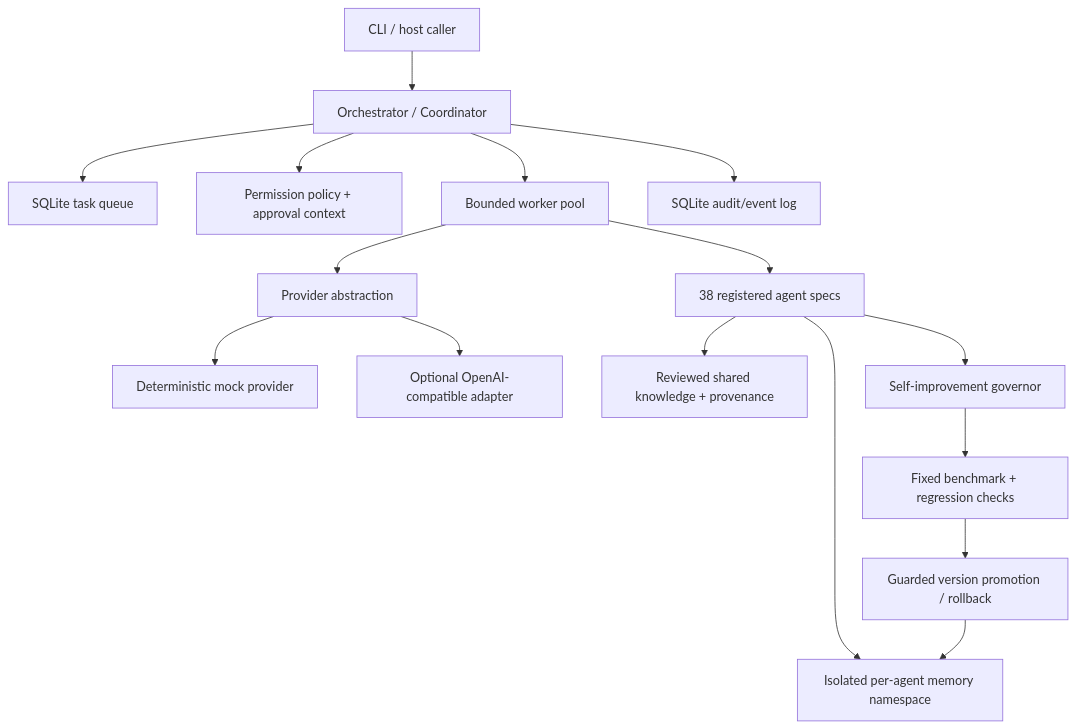
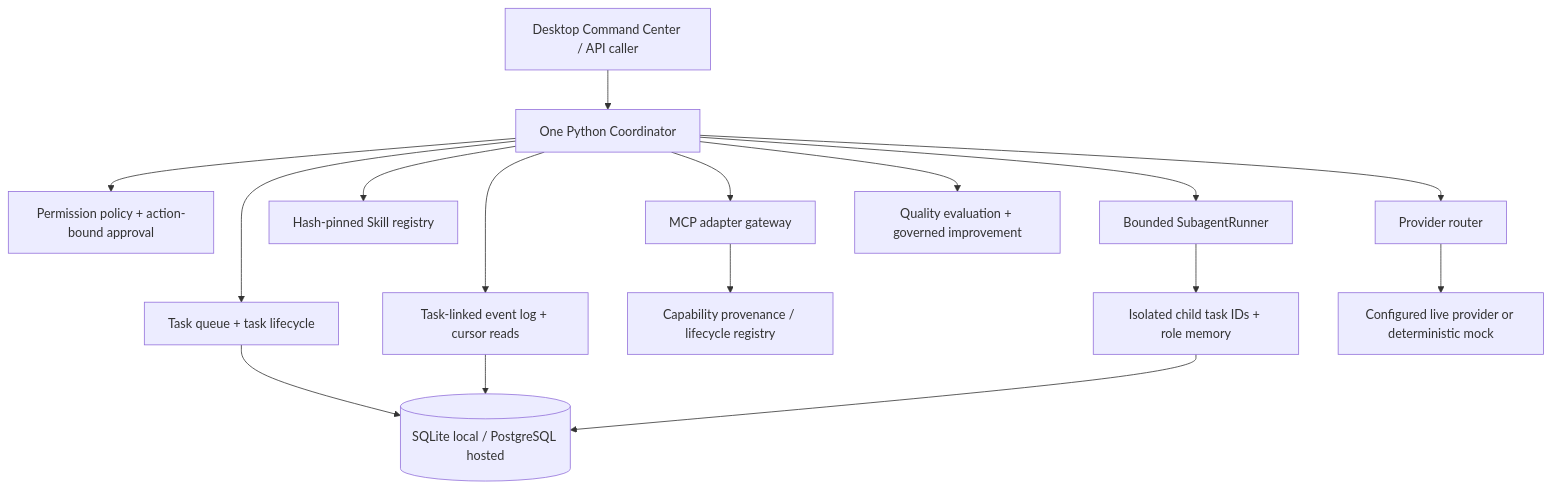
The diagram in ARCHITECTURE.md (soueilouay-creator/uneXpected-), drawn with Mermaid before and after one commit. The commit also changed other lines of this file, not shown here.

Commit message:
docs(v8.1): update architecture for unified runtime upgrades

````diff
--- a/ARCHITECTURE.md
+++ b/ARCHITECTURE.md
@@ -3,18 +3,18 @@
 ```mermaid
 flowchart TD
-  U[CLI / host caller] --> R[Orchestrator / Coordinator]
-  R --> Q[SQLite task queue]
-  R --> P[Permission policy + approval context]
-  R --> W[Bounded worker pool]
-  W --> PA[Provider abstraction]
-  PA --> M[Deterministic mock provider]
-  PA --> O[Optional OpenAI-compatible adapter]
-  W --> A[38 registered agent specs]
-  A --> AM[Isolated per-agent memory namespace]
-  A --> SK[Reviewed shared knowledge + provenance]
-  R --> E[SQLite audit/event log]
-  A --> G[Self-improvement governor]
-  G --> B[Fixed benchmark + regression checks]
-  B --> PR[Guarded version promotion / rollback]
-  PR --> AM
+  U[Desktop Command Center / API caller] --> C[One Python Coordinator]
+  C --> T[Task queue + task lifecycle]
+  C --> P[Permission policy + action-bound approval]
+  C --> PR[Provider router]
+  C --> S[Hash-pinned Skill registry]
+  C --> M[MCP adapter gateway]
+  C --> D[Bounded SubagentRunner]
+  C --> E[Task-linked event log + cursor reads]
+  M --> CR[Capability provenance / lifecycle registry]
+  D --> CH[Isolated child task IDs + role memory]
+  T --> DB[(SQLite local / PostgreSQL hosted)]
+  E --> DB
+  CH --> DB
+  PR --> L[Configured live provider or deterministic mock]
+  C --> Q[Quality evaluation + governed improvement]
 ```
````
